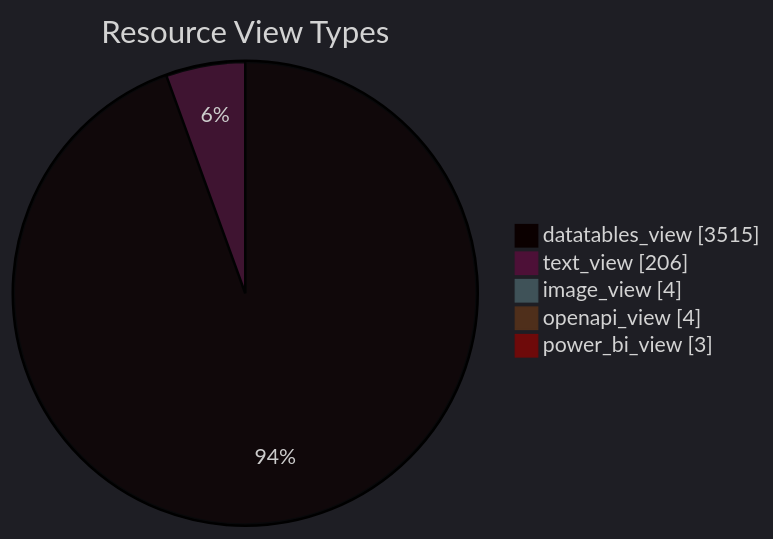
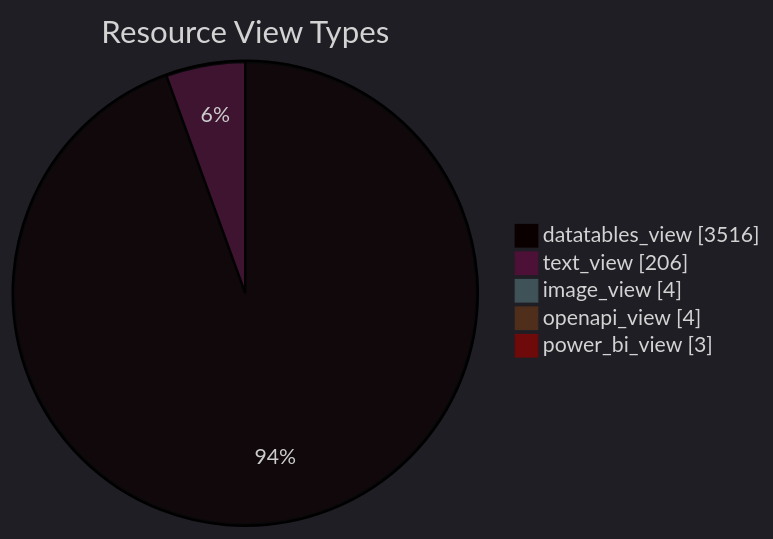
The diagram in datastore_tracker/resource_view_types_pie_chart.md (open-data/analytics-corporate-reporting), drawn with Mermaid before and after one commit. The commit also changed 9 other files, not shown here.

````diff
--- a/datastore_tracker/resource_view_types_pie_chart.md
+++ b/datastore_tracker/resource_view_types_pie_chart.md
@@ -2,12 +2,12 @@
 ```mermaid
 ---
 config:
   theme: dark
 ---
 pie showData title Resource View Types
-    "datatables_view": 3515
+    "datatables_view": 3516
     "text_view": 206
     "image_view": 4
     "openapi_view": 4
     "power_bi_view": 3
 ```
````
